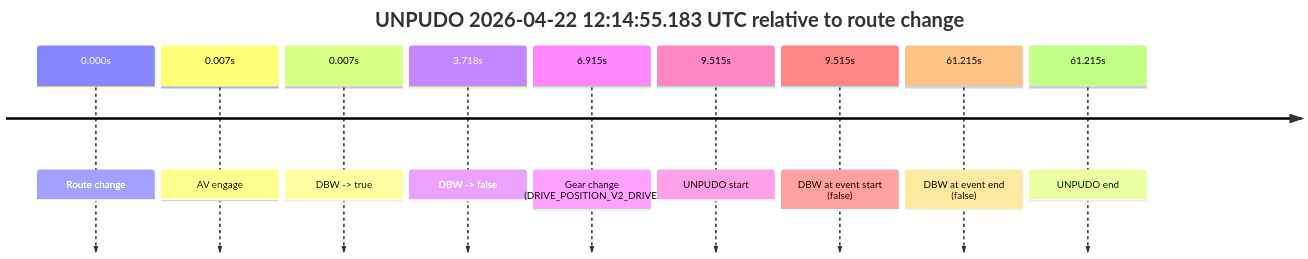
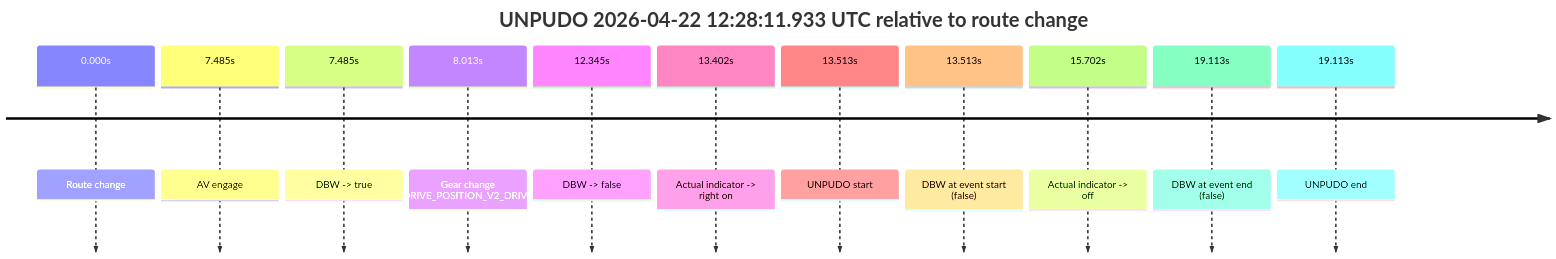
One commit to yoelshapiro/vault changed the first of 3 diagrams in model_analysis/report_cards/2026/04/Week-4/fme20018--2026-04-22--11-49-25--gen2-av-3941ddaf-bcdc-4027-8704-4a13f3321966.md. Above: the diagram before and after it, drawn with Mermaid. The commit also changed other lines of this file and 53 other files, not shown here.

````diff
--- a/model_analysis/report_cards/2026/04/Week-4/fme20018--2026-04-22--11-49-25--gen2-av-3941ddaf-bcdc-4027-8704-4a13f3321966.md
+++ b/model_analysis/report_cards/2026/04/Week-4/fme20018--2026-04-22--11-49-25--gen2-av-3941ddaf-bcdc-4027-8704-4a13f3321966.md
@@ -42,13 +44,15 @@
 ```mermaid
 timeline
-    title UNPUDO 2026-04-22 12:14:55.183 UTC relative to route change
+    title UNPUDO 2026-04-22 12:28:11.933 UTC relative to route change
     0.000s : Route change
-    0.007s : AV engage
-    0.007s : DBW -> true
-    3.718s : DBW -> false
-    6.915s : Gear change (DRIVE_POSITION_V2_DRIVE)
-    9.515s : UNPUDO start
-    9.515s : DBW at event start (false)
-    61.215s : DBW at event end (false)
-    61.215s : UNPUDO end
+    7.485s : AV engage
+    7.485s : DBW -> true
+    8.013s : Gear change (DRIVE_POSITION_V2_DRIVE)
+    12.345s : DBW -> false
+    13.402s : Actual indicator -> right on
+    13.513s : UNPUDO start
+    13.513s : DBW at event start (false)
+    15.702s : Actual indicator -> off
+    19.113s : DBW at event end (false)
+    19.113s : UNPUDO end
 ```
````
